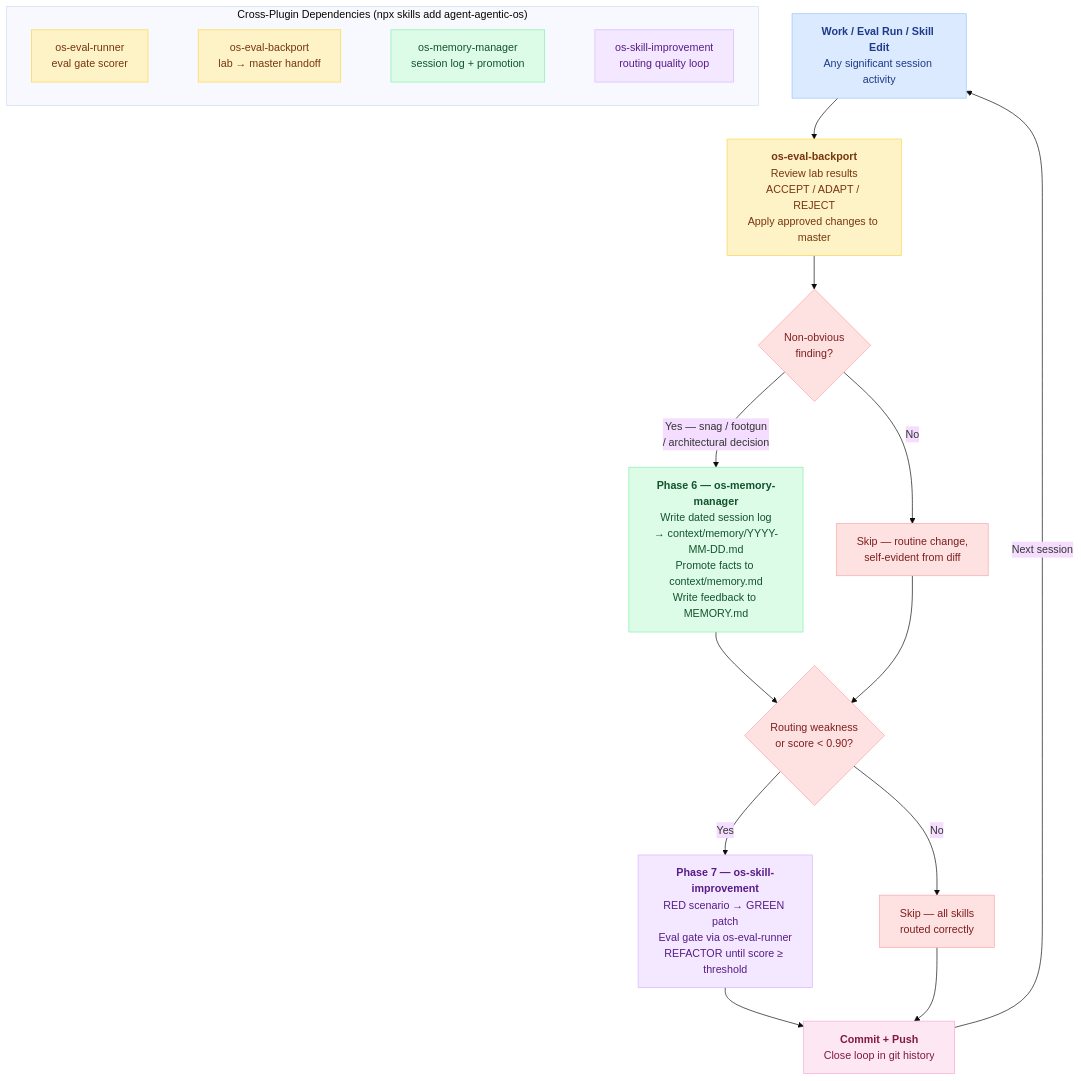
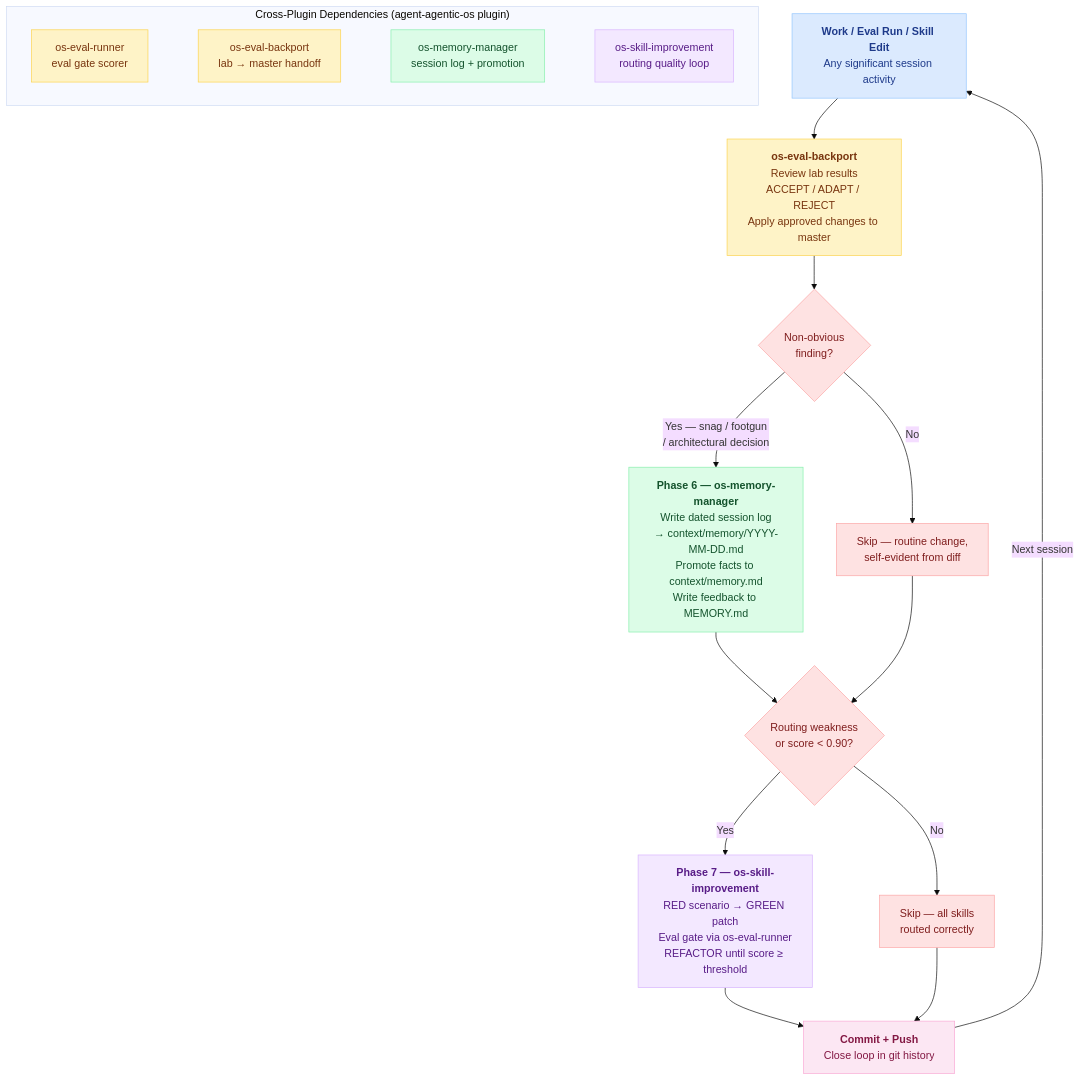
Before and after one commit to richfrem/agent-plugins-skills: the diagram in plugins/agent-agentic-os/assets/diagrams/improvement-flywheel.mmd, drawn with Mermaid (base theme). The commit also changed 117 other files, not shown here.

```diff
--- a/plugins/agent-agentic-os/assets/diagrams/improvement-flywheel.mmd
+++ b/plugins/agent-agentic-os/assets/diagrams/improvement-flywheel.mmd
@@ -1,46 +1,46 @@
 flowchart TD
     classDef workNode fill:#dbeafe,stroke:#93c5fd,stroke-width:1px,color:#1e3a8a
     classDef evalNode fill:#fef3c7,stroke:#fcd34d,stroke-width:1px,color:#78350f
     classDef memNode fill:#dcfce7,stroke:#86efac,stroke-width:1px,color:#14532d
     classDef improveNode fill:#f3e8ff,stroke:#d8b4fe,stroke-width:1px,color:#581c87
     classDef gateNode fill:#fee2e2,stroke:#fca5a5,stroke-width:1px,color:#7f1d1d
     classDef commitNode fill:#fce7f3,stroke:#f9a8d4,stroke-width:1px,color:#831843
 
     Work["<b>Work / Eval Run / Skill Edit</b><br>Any significant session activity"]:::workNode
 
     Backport["<b>os-eval-backport</b><br>Review lab results<br>ACCEPT / ADAPT / REJECT<br>Apply approved changes to master"]:::evalNode
 
     MemGate{"Non-obvious<br>finding?"}:::gateNode
 
     Phase6["<b>Phase 6 — os-memory-manager</b><br>Write dated session log<br>→ context/memory/YYYY-MM-DD.md<br>Promote facts to context/memory.md<br>Write feedback to MEMORY.md"]:::memNode
 
     SkipMem["Skip — routine change,<br>self-evident from diff"]:::gateNode
 
     ImprovGate{"Routing weakness<br>or score &lt; 0.90?"}:::gateNode
 
     Phase7["<b>Phase 7 — os-skill-improvement</b><br>RED scenario → GREEN patch<br>Eval gate via os-eval-runner<br>REFACTOR until score ≥ threshold"]:::improveNode
 
     SkipImprove["Skip — all skills<br>routed correctly"]:::gateNode
 
     Commit["<b>Commit + Push</b><br>Close loop in git history"]:::commitNode
 
     Work --> Backport
     Backport --> MemGate
     MemGate -->|"Yes — snag / footgun<br>/ architectural decision"| Phase6
     MemGate -->|No| SkipMem
     Phase6 --> ImprovGate
     SkipMem --> ImprovGate
     ImprovGate -->|Yes| Phase7
     ImprovGate -->|No| SkipImprove
     Phase7 --> Commit
     SkipImprove --> Commit
     Commit -->|"Next session"| Work
 
-    subgraph CrossPlugin ["Cross-Plugin Dependencies (npx skills add agent-agentic-os)"]
+    subgraph CrossPlugin ["Cross-Plugin Dependencies (agent-agentic-os plugin)"]
         direction LR
         CP1["os-eval-runner<br>eval gate scorer"]:::evalNode
         CP2["os-eval-backport<br>lab → master handoff"]:::evalNode
         CP3["os-memory-manager<br>session log + promotion"]:::memNode
         CP4["os-skill-improvement<br>routing quality loop"]:::improveNode
         CP1 ~~~ CP2 ~~~ CP3 ~~~ CP4
     end
```
